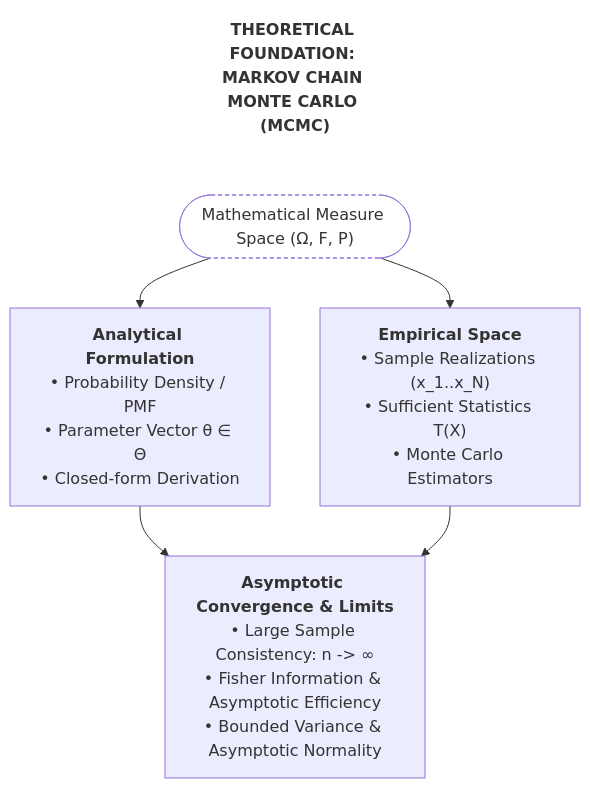
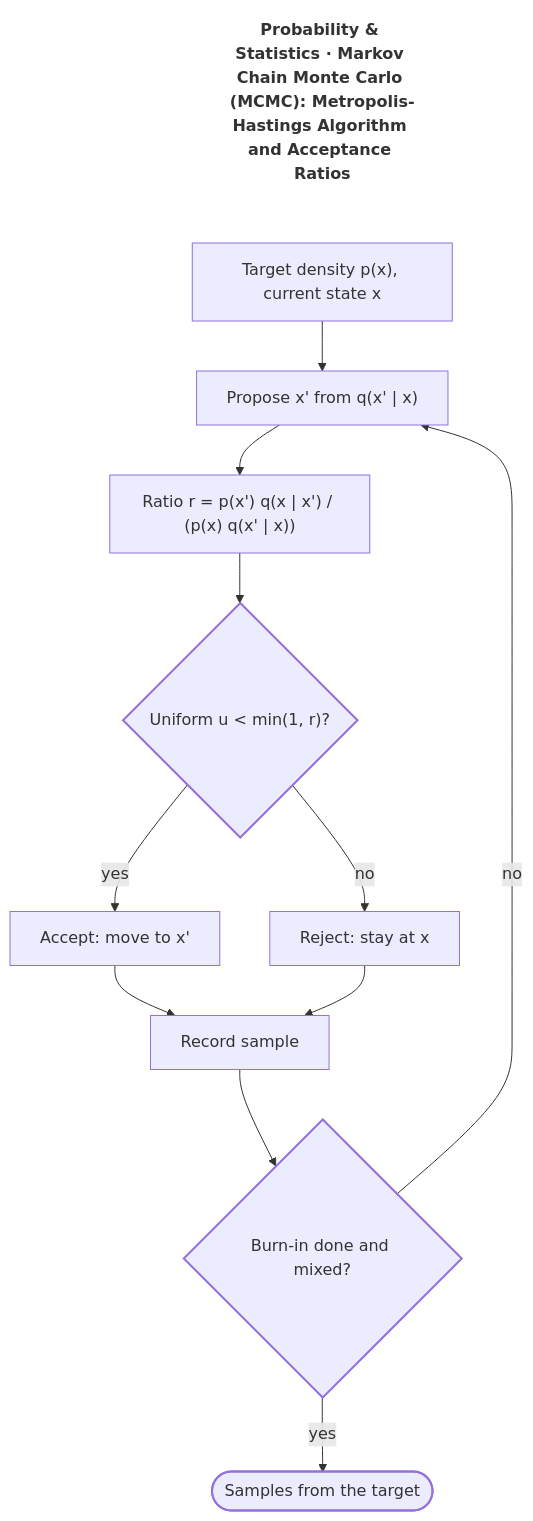
One commit to SahajIVVIX-1/blogs changed the diagram in src/content/posts/2024/07/2024-07-10-stats-96-markov-chain-monte-carlo-mcmc.md. Above: the diagram before and after it, drawn with Mermaid. The commit also changed 2157 other files, not shown here.

Commit message:
content: papers and AI updates through 27 Nov (118 AI posts), per-post Mermaid diagrams (papers, AI, study phases 1-7)

````diff
--- a/src/content/posts/2024/07/2024-07-10-stats-96-markov-chain-monte-carlo-mcmc.md
+++ b/src/content/posts/2024/07/2024-07-10-stats-96-markov-chain-monte-carlo-mcmc.md
@@ -52,15 +52,30 @@
 ```mermaid
 flowchart TD
-    T(["THEORETICAL FOUNDATION: MARKOV CHAIN MONTE CARLO (MCMC)"]):::title
-    I(["Mathematical Measure Space (Ω, F, P)"]):::io
-    L["<b>Analytical Formulation</b><br/>• Probability Density / PMF<br/>• Parameter Vector θ ∈ Θ<br/>• Closed-form Derivation"]
-    R["<b>Empirical Space</b><br/>• Sample Realizations (x_1..x_N)<br/>• Sufficient Statistics T(X)<br/>• Monte Carlo Estimators"]
-    E["<b>Asymptotic Convergence #amp; Limits</b><br/>• Large Sample Consistency: n -#gt; ∞<br/>• Fisher Information #amp; Asymptotic Efficiency<br/>• Bounded Variance #amp; Asymptotic Normality"]
-    T ~~~ I
-    I --> L
-    I --> R
-    L --> E
-    R --> E
+    T(["Probability #amp; Statistics · Markov Chain Monte Carlo (MCMC): Metropolis-Hastings Algorithm and Acceptance Ratios"]):::title
+    a["Target density p(x), current state x"]
+    b["Propose x' from q(x' | x)"]
+    c["Ratio r = p(x') q(x | x') / (p(x) q(x' | x))"]
+    d{"Uniform u #lt; min(1, r)?"}
+    e["Accept: move to x'"]
+    f["Reject: stay at x"]
+    g["Record sample"]
+    h{"Burn-in done and mixed?"}
+    i(["Samples from the target"])
+    T ~~~ a
+    a --> b
+    b --> c
+    c --> d
+    d -- "yes" --> e
+    e --> g
+    d -- "no" --> f
+    f --> g
+    g --> h
+    h -- "no" --> b
+    h -- "yes" --> i
+    class d,h dec
+    class i term
     classDef title fill:transparent,stroke:transparent,font-weight:700;
-    classDef io fill:transparent,stroke-dasharray:4 3;
+    classDef term stroke-width:2px;
+    classDef store stroke-dasharray:4 3;
+    classDef dec stroke-width:2px;
 ```
````
